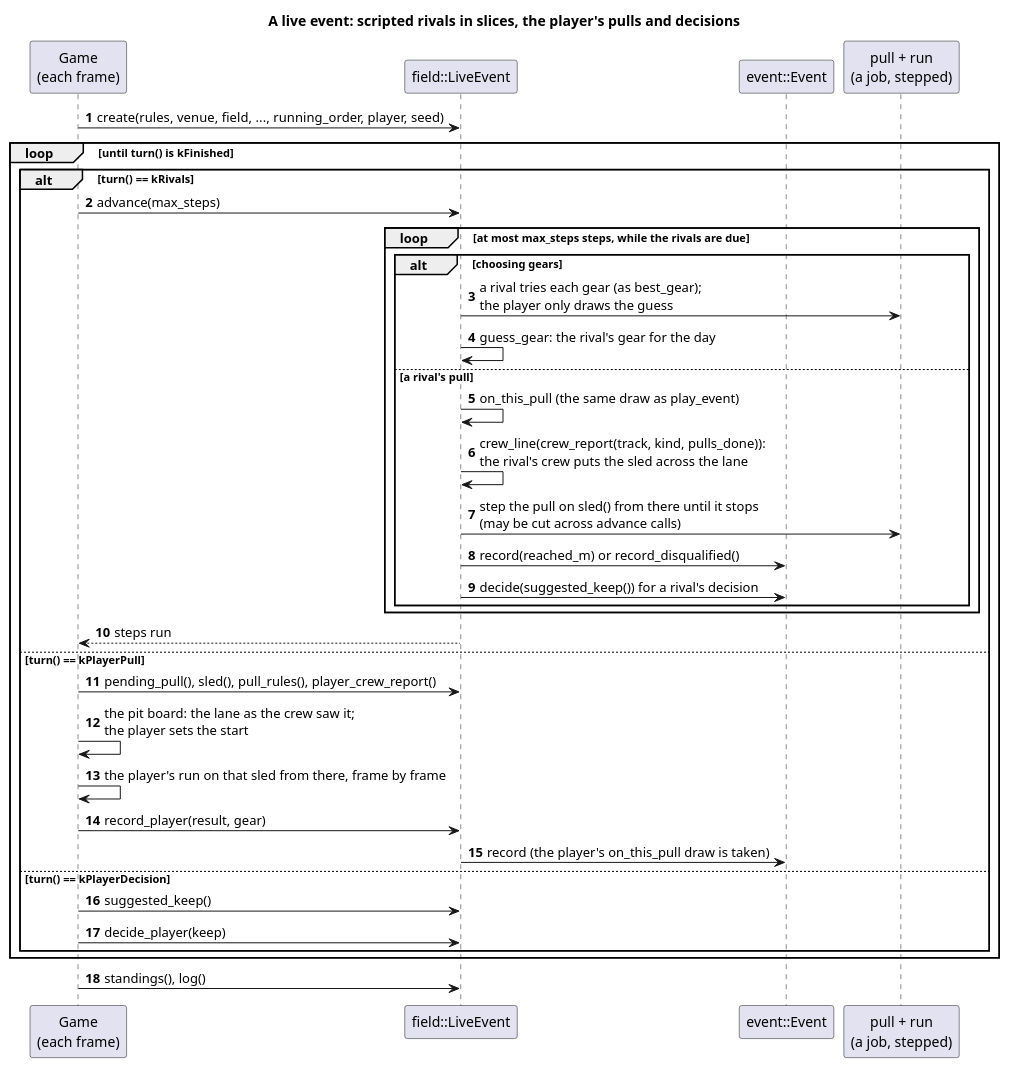
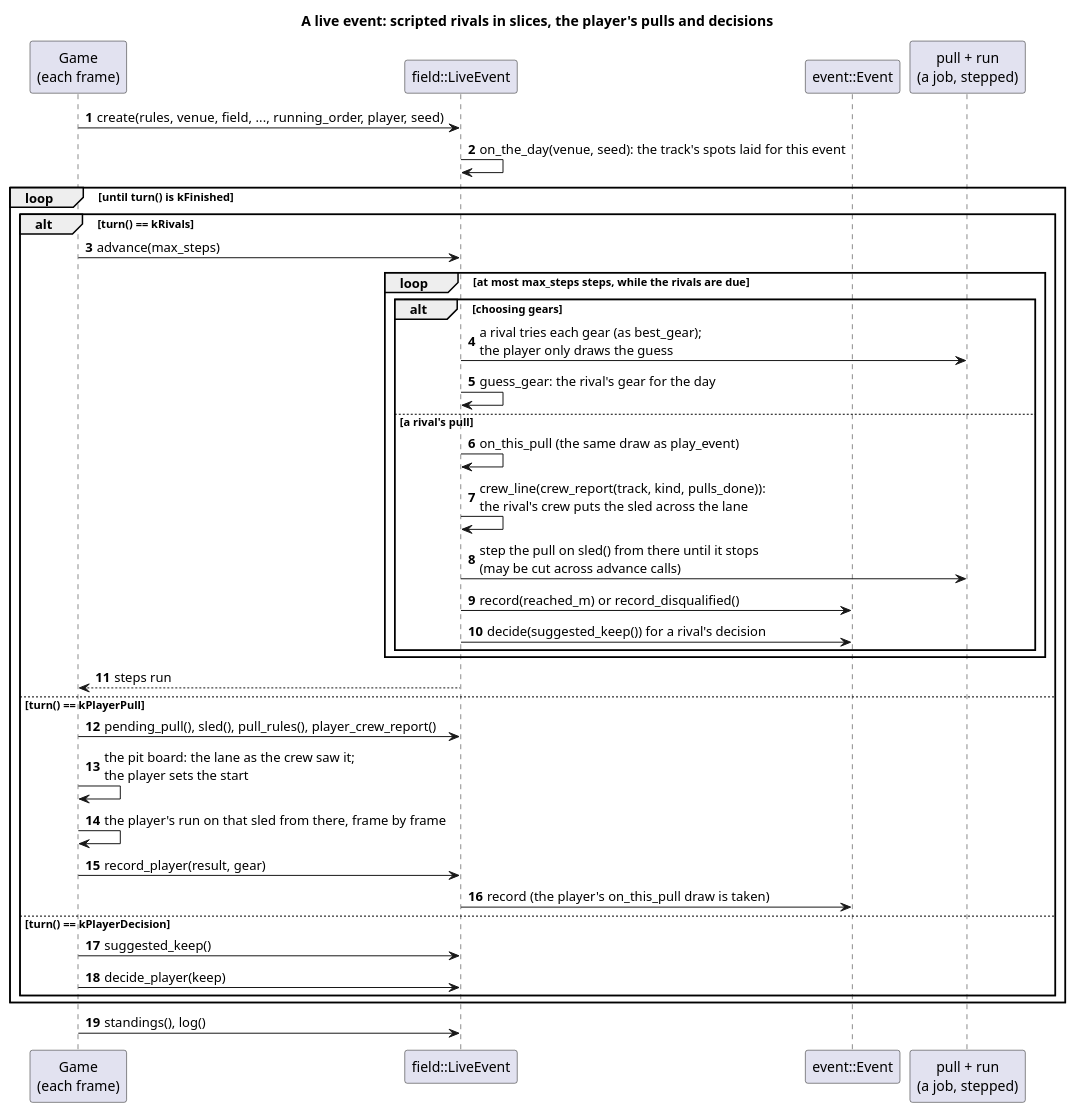
Before and after one commit to wversteeg/TractorPulling: the diagram in docs/diagrams/live_event_sequence.puml, drawn with PlantUML. The commit also changed 23 other files, not shown here.

First line of the commit message:
Each event lays its own spots, of varying widths

```diff
--- a/docs/diagrams/live_event_sequence.puml
+++ b/docs/diagrams/live_event_sequence.puml
@@ -1,38 +1,39 @@
 @startuml live_event_sequence
 title A live event: scripted rivals in slices, the player's pulls and decisions
 autonumber
 participant "Game\n(each frame)" as Game
 participant "field::LiveEvent" as Live
 participant "event::Event" as Event
 participant "pull + run\n(a job, stepped)" as Run
 
 Game -> Live : create(rules, venue, field, ..., running_order, player, seed)
+Live -> Live : on_the_day(venue, seed): the track's spots laid for this event
 loop until turn() is kFinished
   alt turn() == kRivals
     Game -> Live : advance(max_steps)
     loop at most max_steps steps, while the rivals are due
       alt choosing gears
         Live -> Run : a rival tries each gear (as best_gear);\nthe player only draws the guess
         Live -> Live : guess_gear: the rival's gear for the day
       else a rival's pull
         Live -> Live : on_this_pull (the same draw as play_event)
         Live -> Live : crew_line(crew_report(track, kind, pulls_done)):\nthe rival's crew puts the sled across the lane
         Live -> Run : step the pull on sled() from there until it stops\n(may be cut across advance calls)
         Live -> Event : record(reached_m) or record_disqualified()
         Live -> Event : decide(suggested_keep()) for a rival's decision
       end
     end
     Live --> Game : steps run
   else turn() == kPlayerPull
     Game -> Live : pending_pull(), sled(), pull_rules(), player_crew_report()
     Game -> Game : the pit board: the lane as the crew saw it;\nthe player sets the start
     Game -> Game : the player's run on that sled from there, frame by frame
     Game -> Live : record_player(result, gear)
     Live -> Event : record (the player's on_this_pull draw is taken)
   else turn() == kPlayerDecision
     Game -> Live : suggested_keep()
     Game -> Live : decide_player(keep)
   end
 end
 Game -> Live : standings(), log()
 @enduml
```
